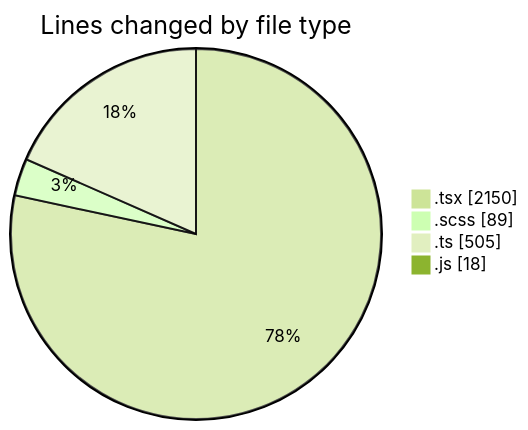
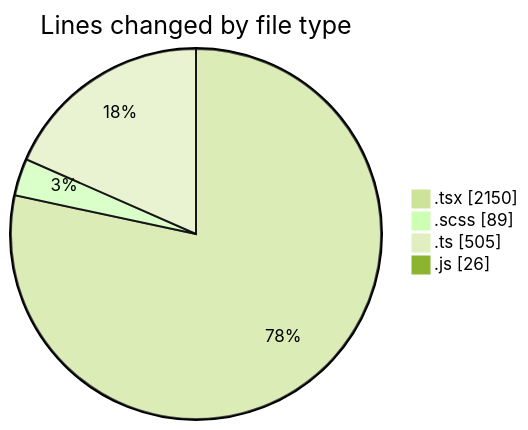
Before and after one commit to momahboobian/code-tracking: the first of 2 diagrams in 2025-06-17/cda/README.md, drawn with Mermaid (forest theme). The commit also changed other lines of this file and 1 other file, not shown here.

````diff
--- a/2025-06-17/cda/README.md
+++ b/2025-06-17/cda/README.md
@@ -26,8 +26,8 @@
 ```mermaid
 pie showData
 title Lines changed by file type
 ".tsx" : 2150
 ".scss" : 89
 ".ts" : 505
-".js" : 18
+".js" : 26
 ```
````
